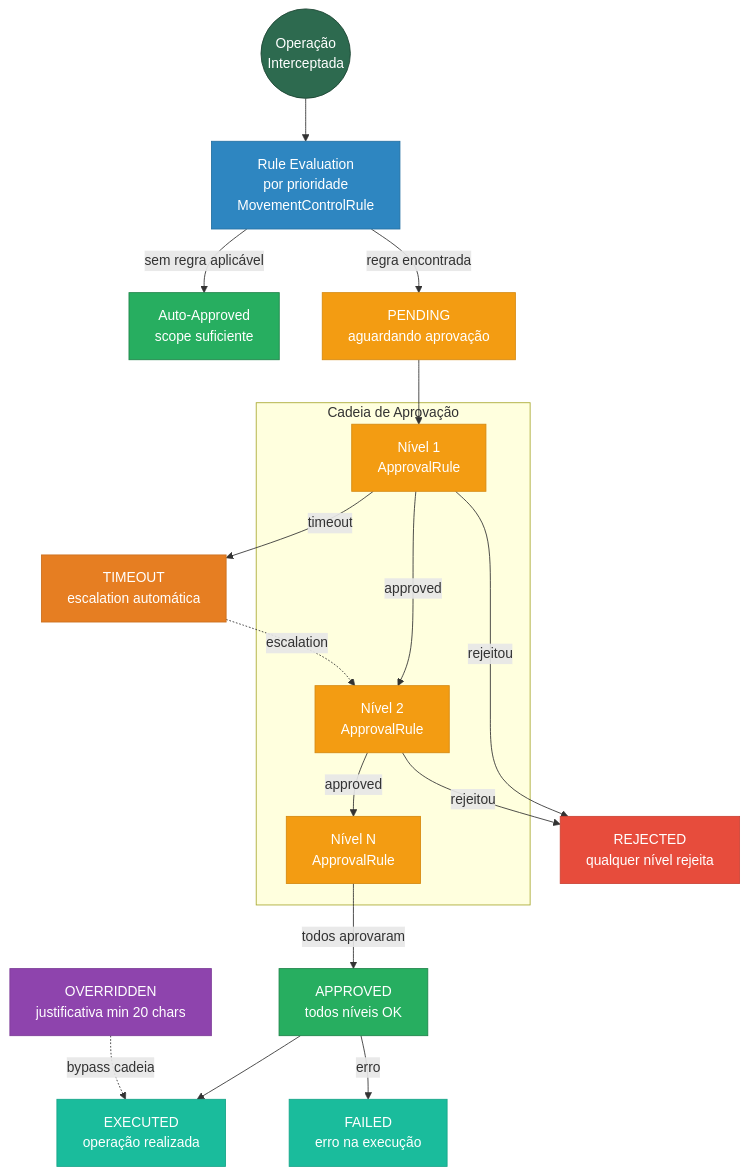
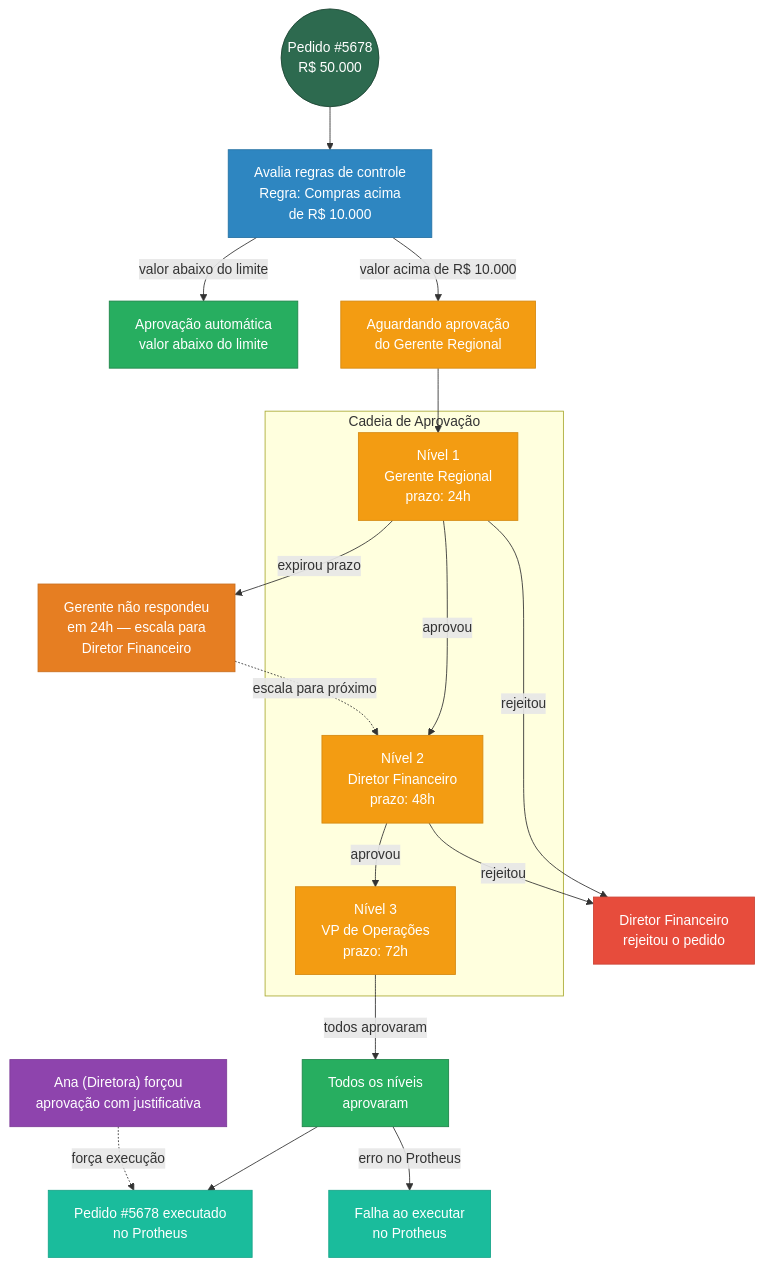
One commit to sulivanti/easycf changed the first of 2 diagrams in docs/04_modules/mod-009-movimentos-aprovacao/diagrams/domain-model.md. Above: the diagram before and after it, drawn with Mermaid. The commit also changed 99 other files, not shown here.

Commit message:
chore: atualiza diagramas domain-model, skills e configurações de agentes

````diff
--- a/docs/04_modules/mod-009-movimentos-aprovacao/diagrams/domain-model.md
+++ b/docs/04_modules/mod-009-movimentos-aprovacao/diagrams/domain-model.md
@@ -5,53 +5,53 @@
 ```mermaid
 graph TD
-    OP(("Operação<br/>Interceptada"))
-    RE["Rule Evaluation<br/>por prioridade<br/>MovementControlRule"]
+    OP(("Pedido #5678<br/>R$ 50.000"))
+    RE["Avalia regras de controle<br/>Regra: Compras acima<br/>de R$ 10.000"]
 
     subgraph CHAIN ["Cadeia de Aprovação"]
-        N1["Nível 1<br/>ApprovalRule"]
-        N2["Nível 2<br/>ApprovalRule"]
-        N3["Nível N<br/>ApprovalRule"]
-        N1 -->|"approved"| N2
-        N2 -->|"approved"| N3
+        N1["Nível 1<br/>Gerente Regional<br/>prazo: 24h"]
+        N2["Nível 2<br/>Diretor Financeiro<br/>prazo: 48h"]
+        N3["Nível 3<br/>VP de Operações<br/>prazo: 72h"]
+        N1 -->|"aprovou"| N2
+        N2 -->|"aprovou"| N3
     end
 
-    AUTO["Auto-Approved<br/>scope suficiente"]
-    PEND["PENDING<br/>aguardando aprovação"]
-    APR["APPROVED<br/>todos níveis OK"]
-    REJ["REJECTED<br/>qualquer nível rejeita"]
-    OVR["OVERRIDDEN<br/>justificativa min 20 chars"]
-    TOUT["TIMEOUT<br/>escalation automática"]
-    EXEC["EXECUTED<br/>operação realizada"]
-    FAILED["FAILED<br/>erro na execução"]
+    AUTO["Aprovação automática<br/>valor abaixo do limite"]
+    PEND["Aguardando aprovação<br/>do Gerente Regional"]
+    APR["Todos os níveis<br/>aprovaram"]
+    REJ["Diretor Financeiro<br/>rejeitou o pedido"]
+    OVR["Ana (Diretora) forçou<br/>aprovação com justificativa"]
+    TOUT["Gerente não respondeu<br/>em 24h — escala para<br/>Diretor Financeiro"]
+    EXEC["Pedido #5678 executado<br/>no Protheus"]
+    FAILED["Falha ao executar<br/>no Protheus"]
 
     OP --> RE
-    RE -->|"sem regra aplicável"| AUTO
-    RE -->|"regra encontrada"| PEND
+    RE -->|"valor abaixo do limite"| AUTO
+    RE -->|"valor acima de R$ 10.000"| PEND
     PEND --> N1
     N3 -->|"todos aprovaram"| APR
     N1 -->|"rejeitou"| REJ
     N2 -->|"rejeitou"| REJ
-    N1 -->|"timeout"| TOUT
-    TOUT -.->|"escalation"| N2
+    N1 -->|"expirou prazo"| TOUT
+    TOUT -.->|"escala para próximo"| N2
     APR --> EXEC
-    APR -->|"erro"| FAILED
-    OVR -.->|"bypass cadeia"| EXEC
+    APR -->|"erro no Protheus"| FAILED
+    OVR -.->|"força execução"| EXEC
 
     classDef start fill:#2d6a4f,stroke:#1b4332,color:#fff
     classDef eval fill:#2E86C1,stroke:#2471A3,color:#fff
     classDef chain fill:#F39C12,stroke:#D68910,color:#fff
     classDef approved fill:#27AE60,stroke:#1E8449,color:#fff
     classDef rejected fill:#E74C3C,stroke:#CB4335,color:#fff
     classDef override fill:#8E44AD,stroke:#7D3C98,color:#fff
     classDef timeout fill:#E67E22,stroke:#CA6F1E,color:#fff
     classDef result fill:#1ABC9C,stroke:#17A589,color:#fff
 
     class OP start
     class RE eval
     class N1,N2,N3,PEND chain
     class AUTO,APR approved
     class REJ rejected
     class OVR override
     class TOUT timeout
     class EXEC,FAILED result
 ```
````
